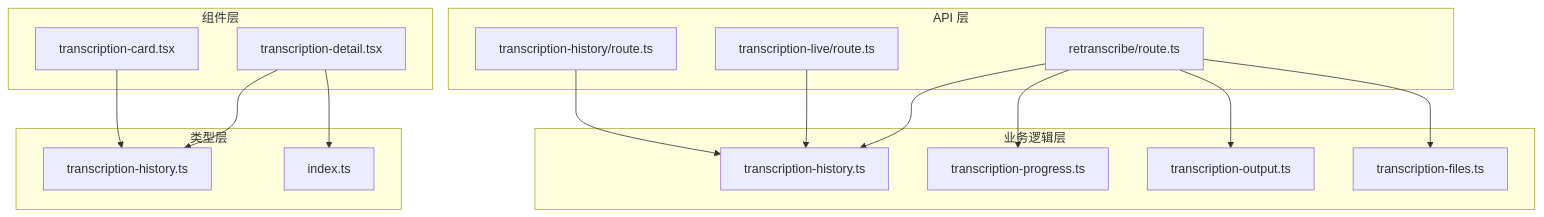
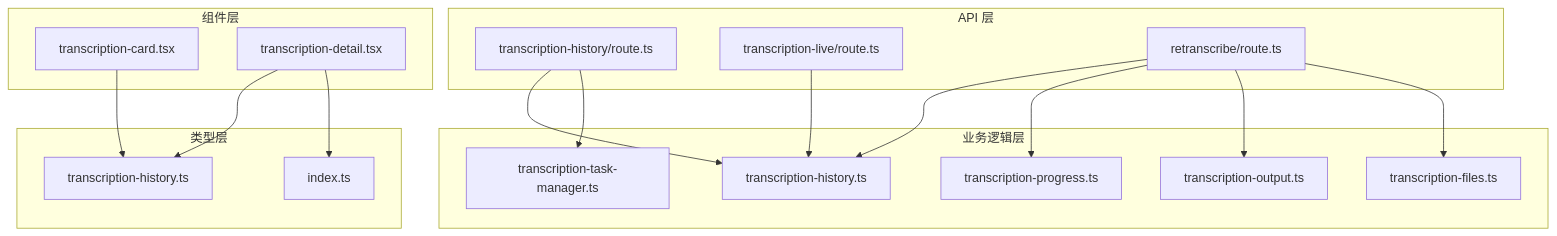
Before and after one commit to clawbotai/memo-flow: diagram 13 of 13 in .qoder/repowiki/zh/content/Transcription History System.md, drawn with Mermaid. The commit also changed other lines of this file and 4 other files, not shown here.

````diff
--- a/.qoder/repowiki/zh/content/Transcription History System.md
+++ b/.qoder/repowiki/zh/content/Transcription History System.md
@@ -400,31 +468,33 @@
 ```mermaid
 graph TD
 subgraph "API 层"
 A[transcription-history/route.ts]
 B[transcription-live/route.ts]
 C[retranscribe/route.ts]
 end
 subgraph "业务逻辑层"
 D[transcription-history.ts]
 E[transcription-progress.ts]
 F[transcription-output.ts]
 G[transcription-files.ts]
+H[transcription-task-manager.ts]
 end
 subgraph "组件层"
-H[transcription-card.tsx]
-I[transcription-detail.tsx]
+I[transcription-card.tsx]
+J[transcription-detail.tsx]
 end
 subgraph "类型层"
-J[transcription-history.ts]
-K[index.ts]
+K[transcription-history.ts]
+L[index.ts]
 end
 A --> D
+A --> H
 B --> D
 C --> D
 C --> E
 C --> F
 C --> G
-H --> J
-I --> J
 I --> K
+J --> K
+J --> L
 ```
````
